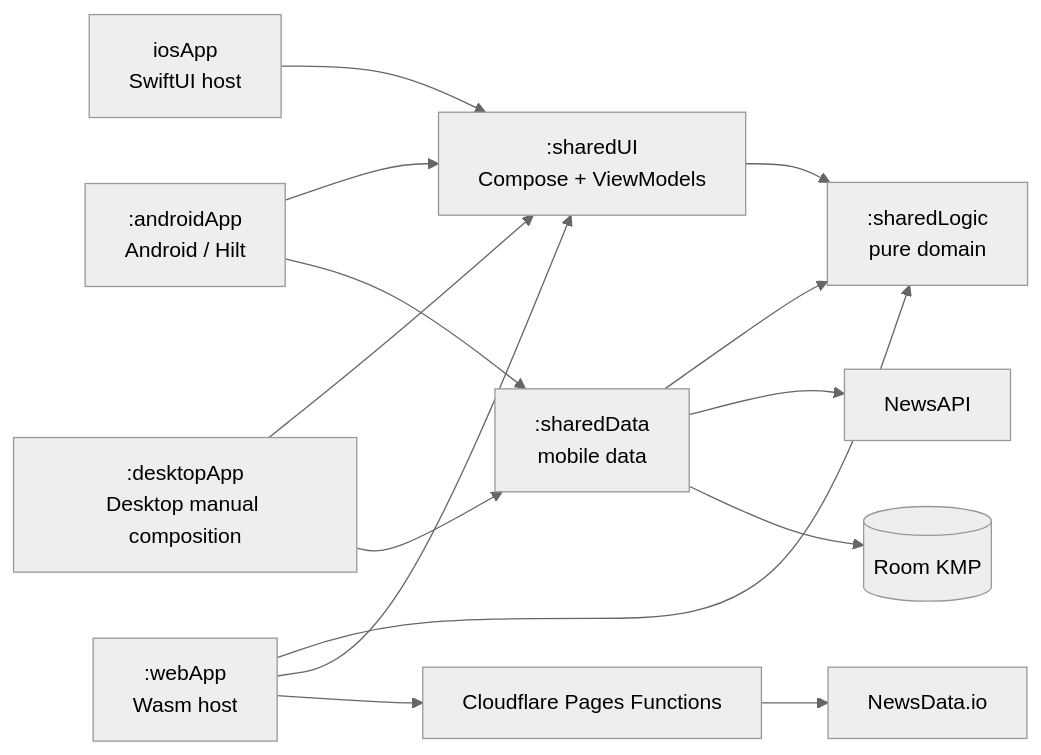
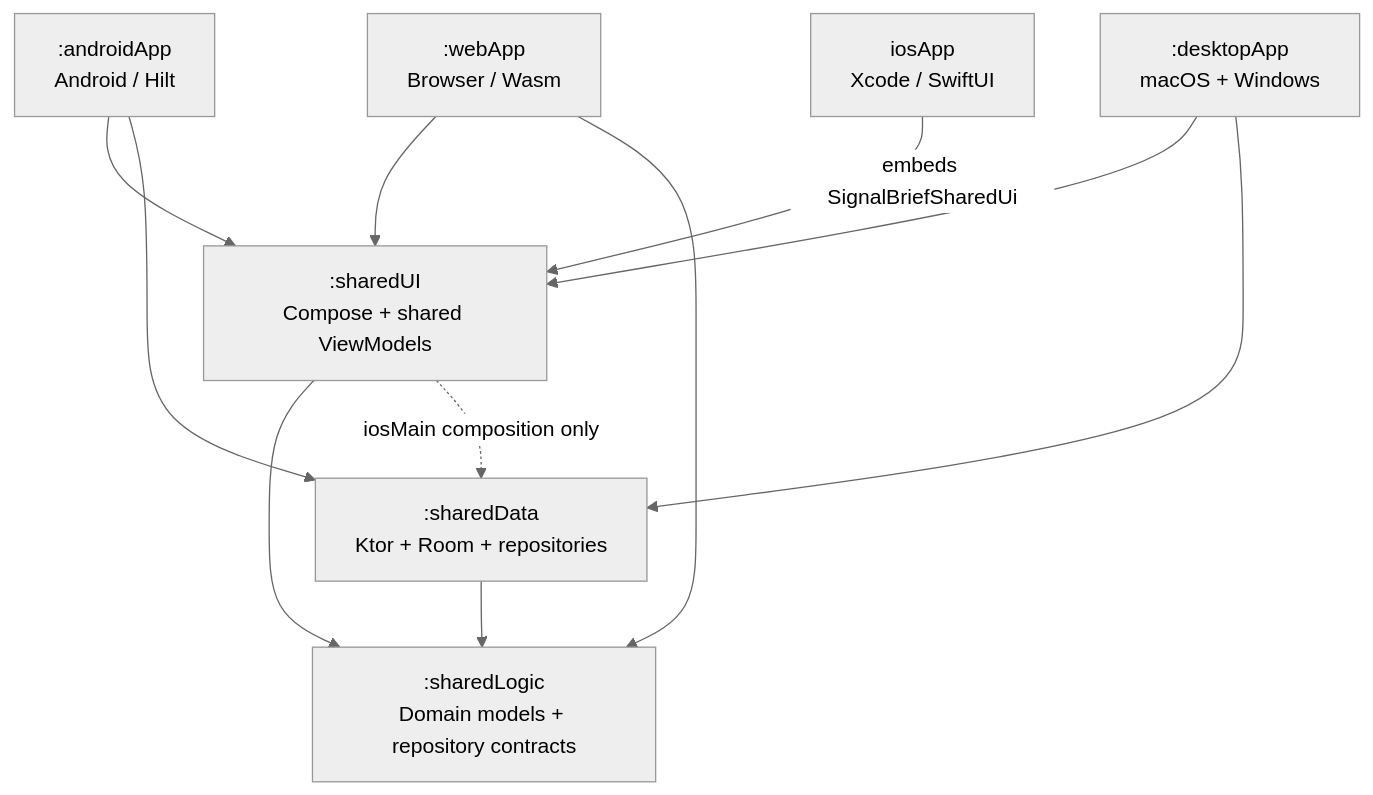
One commit to recipesforsoftware-pl/signalbrief changed the diagram in docs/ARCHITECTURE.md. Above: the diagram before and after it, drawn with Mermaid (neutral theme). The commit also changed other lines of this file and 1 other file, not shown here.

Commit message:
docs: clarify architecture topology (#67)
Clarify the high-level architecture topology, document Android/Desktop/iOS/Web as peer hosts, and align module/host responsibility wording with the current KMP structure.

````diff
--- a/docs/ARCHITECTURE.md
+++ b/docs/ARCHITECTURE.md
@@ -56,31 +55,21 @@
 ```mermaid
-flowchart LR
-    core[":sharedLogic<br/>pure domain"]
-    shared[":sharedData<br/>mobile data"]
-    sharedui[":sharedUI<br/>Compose + ViewModels"]
+flowchart TB
     androidApp[":androidApp<br/>Android / Hilt"]
-    ios["iosApp<br/>SwiftUI host"]
-    desktop[":desktopApp<br/>Desktop manual composition"]
-    web[":webApp<br/>Wasm host"]
-    pages["Cloudflare Pages Functions"]
-    newsapi["NewsAPI"]
-    newsdata["NewsData.io"]
-    room[("Room KMP")]
+    desktopApp[":desktopApp<br/>macOS + Windows"]
+    iosApp["iosApp<br/>Xcode / SwiftUI"]
+    webApp[":webApp<br/>Browser / Wasm"]
+    sharedUI[":sharedUI<br/>Compose + shared ViewModels"]
+    sharedData[":sharedData<br/>Ktor + Room + repositories"]
+    sharedLogic[":sharedLogic<br/>Domain models + repository contracts"]
 
-    shared --> core
-    sharedui --> core
-
-    androidApp --> sharedui
-    androidApp --> shared
-
-    ios --> sharedui
-    desktop --> sharedui
-    desktop --> shared
-    shared --> newsapi
-    shared --> room
-
-    web --> core
-    web --> sharedui
-    web --> pages
-    pages --> newsdata
+    androidApp --> sharedUI
+    androidApp --> sharedData
+    desktopApp --> sharedUI
+    desktopApp --> sharedData
+    iosApp -->|"embeds SignalBriefSharedUi"| sharedUI
+    webApp --> sharedUI
+    webApp --> sharedLogic
+    sharedUI --> sharedLogic
+    sharedData --> sharedLogic
+    sharedUI -. "iosMain composition only" .-> sharedData
 ```
````
